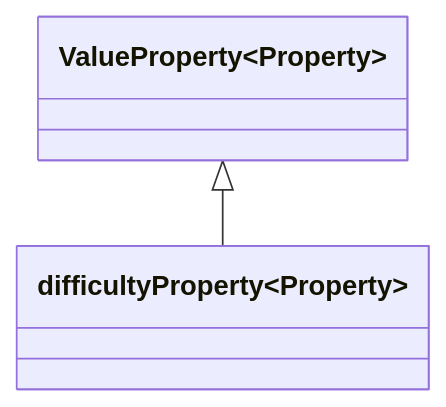
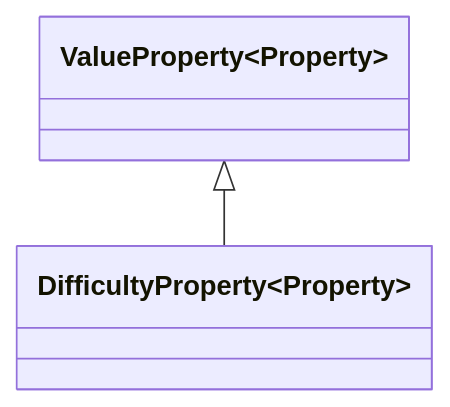
Before and after one commit to stuartfowler/CEMT: diagram 46 of 49 in Documentation/stereotypes.md, drawn with Mermaid. The commit also changed other lines of this file and 17 other files, not shown here.

````diff
--- a/Documentation/stereotypes.md
+++ b/Documentation/stereotypes.md
@@ -1197,4 +1196,4 @@
 ```mermaid
     classDiagram
-        ValueProperty~Property~ <|-- difficultyProperty~Property~
+        ValueProperty~Property~ <|-- DifficultyProperty~Property~
 ```
````
